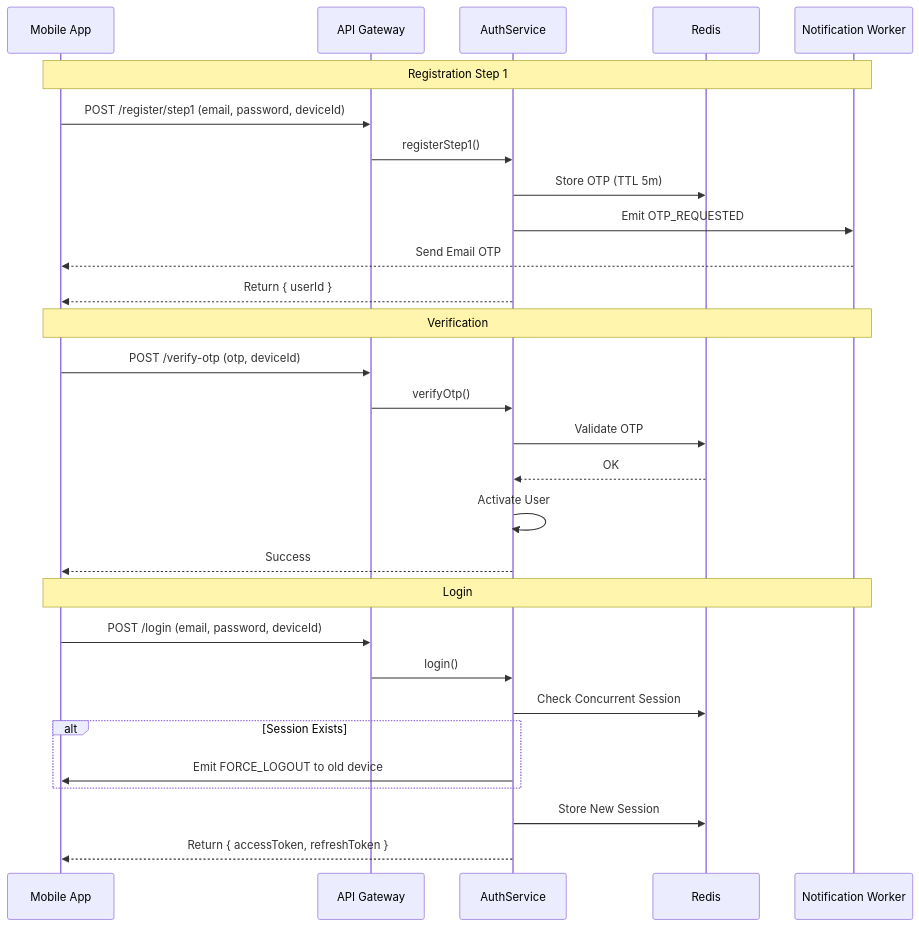
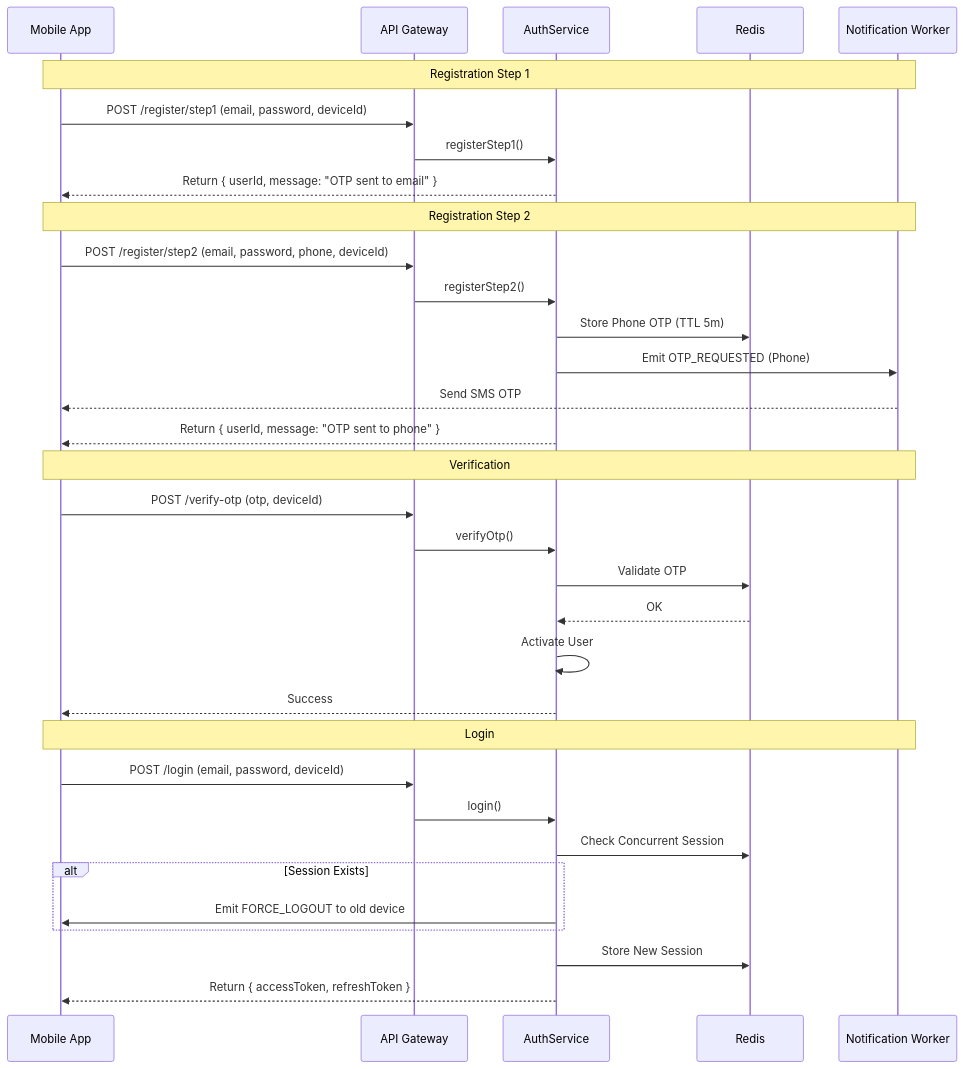
Before and after one commit to codepraycode/swaplink-server: the first of 2 diagrams in docs/modules/account.md, drawn with Mermaid. The commit also changed other lines of this file and 12 other files, not shown here.

Commit message:
feat: Add multi-step registration, KYC submission endpoints, and system user initialization.

````diff
--- a/docs/modules/account.md
+++ b/docs/modules/account.md
@@ -32,34 +33,39 @@
 ```mermaid
 sequenceDiagram
     participant App as Mobile App
     participant API as API Gateway
     participant Auth as AuthService
     participant Redis
     participant Worker as Notification Worker
 
     Note over App, Worker: Registration Step 1
     App->>API: POST /register/step1 (email, password, deviceId)
     API->>Auth: registerStep1()
-    Auth->>Redis: Store OTP (TTL 5m)
-    Auth->>Worker: Emit OTP_REQUESTED
-    Worker-->>App: Send Email OTP
-    Auth-->>App: Return { userId }
+    Auth-->>App: Return { userId, message: "OTP sent to email" }
+
+    Note over App, Worker: Registration Step 2
+    App->>API: POST /register/step2 (email, password, phone, deviceId)
+    API->>Auth: registerStep2()
+    Auth->>Redis: Store Phone OTP (TTL 5m)
+    Auth->>Worker: Emit OTP_REQUESTED (Phone)
+    Worker-->>App: Send SMS OTP
+    Auth-->>App: Return { userId, message: "OTP sent to phone" }
 
     Note over App, Worker: Verification
     App->>API: POST /verify-otp (otp, deviceId)
     API->>Auth: verifyOtp()
     Auth->>Redis: Validate OTP
     Redis-->>Auth: OK
     Auth->>Auth: Activate User
     Auth-->>App: Success
 
     Note over App, Worker: Login
     App->>API: POST /login (email, password, deviceId)
     API->>Auth: login()
     Auth->>Redis: Check Concurrent Session
     alt Session Exists
         Auth->>App: Emit FORCE_LOGOUT to old device
     end
     Auth->>Redis: Store New Session
     Auth-->>App: Return { accessToken, refreshToken }
 ```
````
